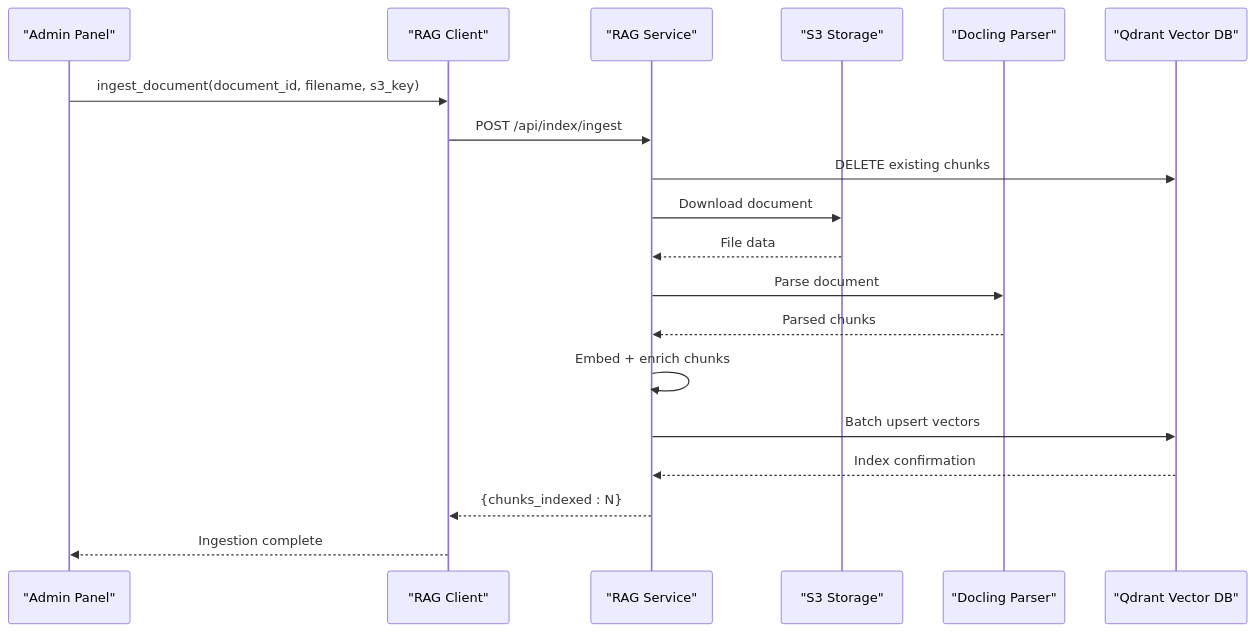
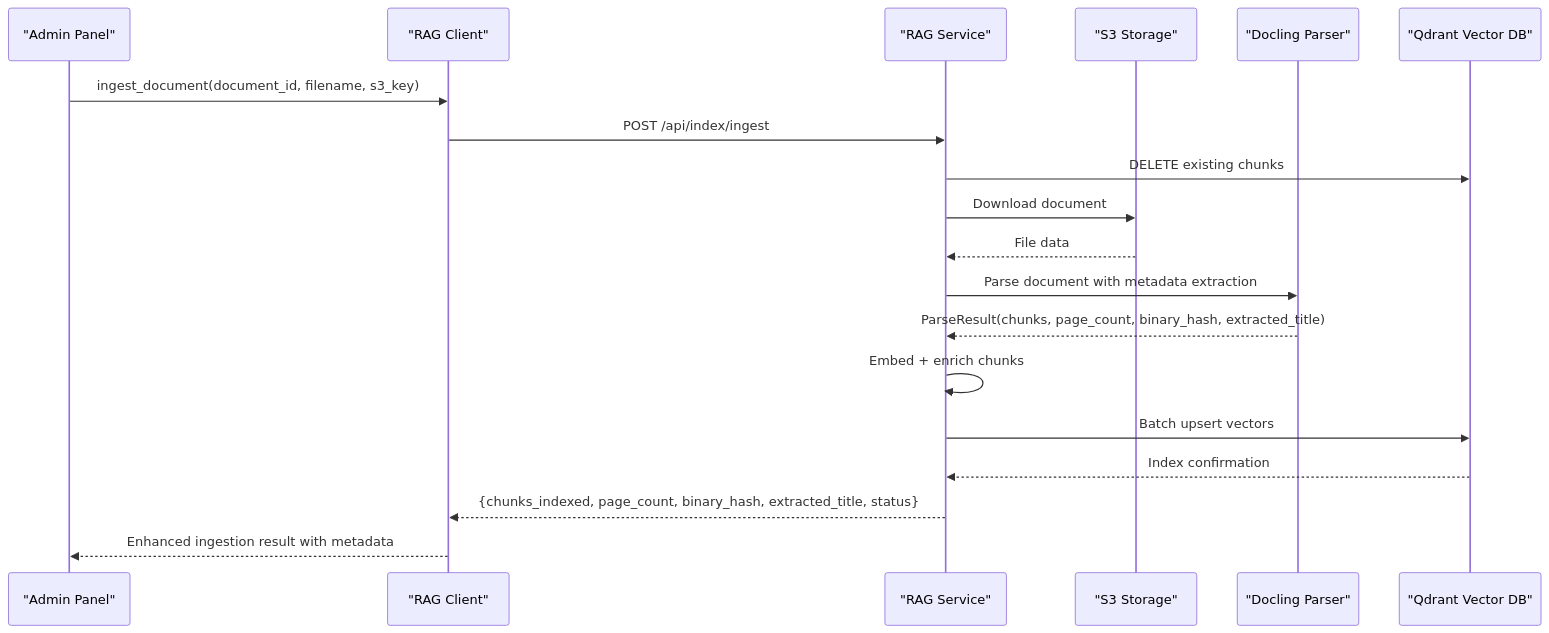
One commit to ognelis/cafetera_hr_bot changed the fifth of 13 diagrams in .qoder/repowiki/en/content/API Reference/RAG Client Integration.md. Above: the diagram before and after it, drawn with Mermaid. The commit also changed other lines of this file and 9 other files, not shown here.

````diff
--- a/.qoder/repowiki/en/content/API Reference/RAG Client Integration.md
+++ b/.qoder/repowiki/en/content/API Reference/RAG Client Integration.md
@@ -245,21 +265,21 @@
 ```mermaid
 sequenceDiagram
 participant Admin as "Admin Panel"
 participant RAGClient as "RAG Client"
 participant RAGService as "RAG Service"
 participant S3 as "S3 Storage"
 participant Parser as "Docling Parser"
 participant Qdrant as "Qdrant Vector DB"
 Admin->>RAGClient : ingest_document(document_id, filename, s3_key)
 RAGClient->>RAGService : POST /api/index/ingest
 RAGService->>Qdrant : DELETE existing chunks
 RAGService->>S3 : Download document
 S3-->>RAGService : File data
-RAGService->>Parser : Parse document
-Parser-->>RAGService : Parsed chunks
+RAGService->>Parser : Parse document with metadata extraction
+Parser-->>RAGService : ParseResult(chunks, page_count, binary_hash, extracted_title)
 RAGService->>RAGService : Embed + enrich chunks
 RAGService->>Qdrant : Batch upsert vectors
 Qdrant-->>RAGService : Index confirmation
-RAGService-->>RAGClient : {chunks_indexed : N}
-RAGClient-->>Admin : Ingestion complete
+RAGService-->>RAGClient : {chunks_indexed, page_count, binary_hash, extracted_title, status}
+RAGClient-->>Admin : Enhanced ingestion result with metadata
 ```
````
